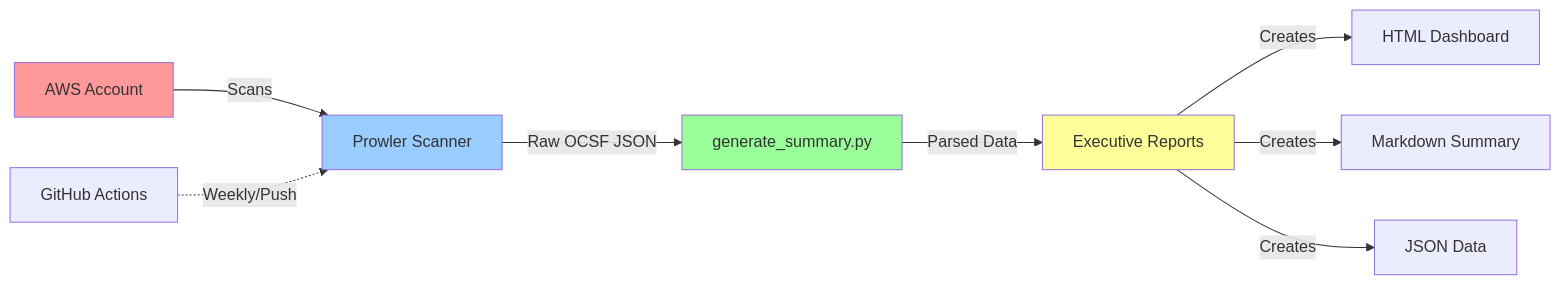
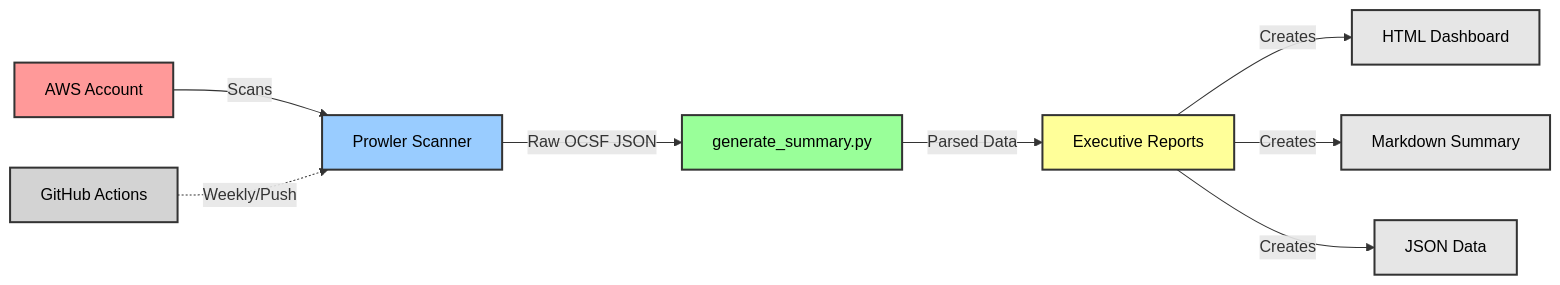
Before and after one commit to Taylorwaldo/cloud-banking-compliance-scanner: the diagram in README.md, drawn with Mermaid.

Commit message:
Update README.md - Workflow Diagram
AWS Account provides credentials
Prowler scans AWS services, outputs .ocsf.json files (NDJSON format)
generate_summary.py reads JSON, calculates scores, categorizes findings

Outputs multiple formats:

-executive_summary_TIMESTAMP.md - Human-readable
-executive_summary_TIMESTAMP.json - Machine-readable
-compliance_dashboard.html - Interactive dashboard
-before_after_comparison.html - Transformation story

````diff
--- a/README.md
+++ b/README.md
@@ -29,17 +29,21 @@
 ```mermaid
 flowchart LR
     A[AWS Account] -->|Scans| B[Prowler Scanner]
     B -->|Raw OCSF JSON| C[generate_summary.py]
     C -->|Parsed Data| D[Executive Reports]
     
     D -->|Creates| E[HTML Dashboard]
     D -->|Creates| F[Markdown Summary]
     D -->|Creates| G[JSON Data]
     
     H[GitHub Actions] -.->|Weekly/Push| B
     
-    style A fill:#ff9999
-    style B fill:#99ccff
-    style C fill:#99ff99
-    style D fill:#ffff99
+    style A fill:#ff9999,stroke:#333,stroke-width:2px,color:#000
+    style B fill:#99ccff,stroke:#333,stroke-width:2px,color:#000
+    style C fill:#99ff99,stroke:#333,stroke-width:2px,color:#000
+    style D fill:#ffff99,stroke:#333,stroke-width:2px,color:#000
+    style E fill:#e6e6e6,stroke:#333,stroke-width:2px,color:#000
+    style F fill:#e6e6e6,stroke:#333,stroke-width:2px,color:#000
+    style G fill:#e6e6e6,stroke:#333,stroke-width:2px,color:#000
+    style H fill:#d3d3d3,stroke:#333,stroke-width:2px,color:#000
 ```
````
